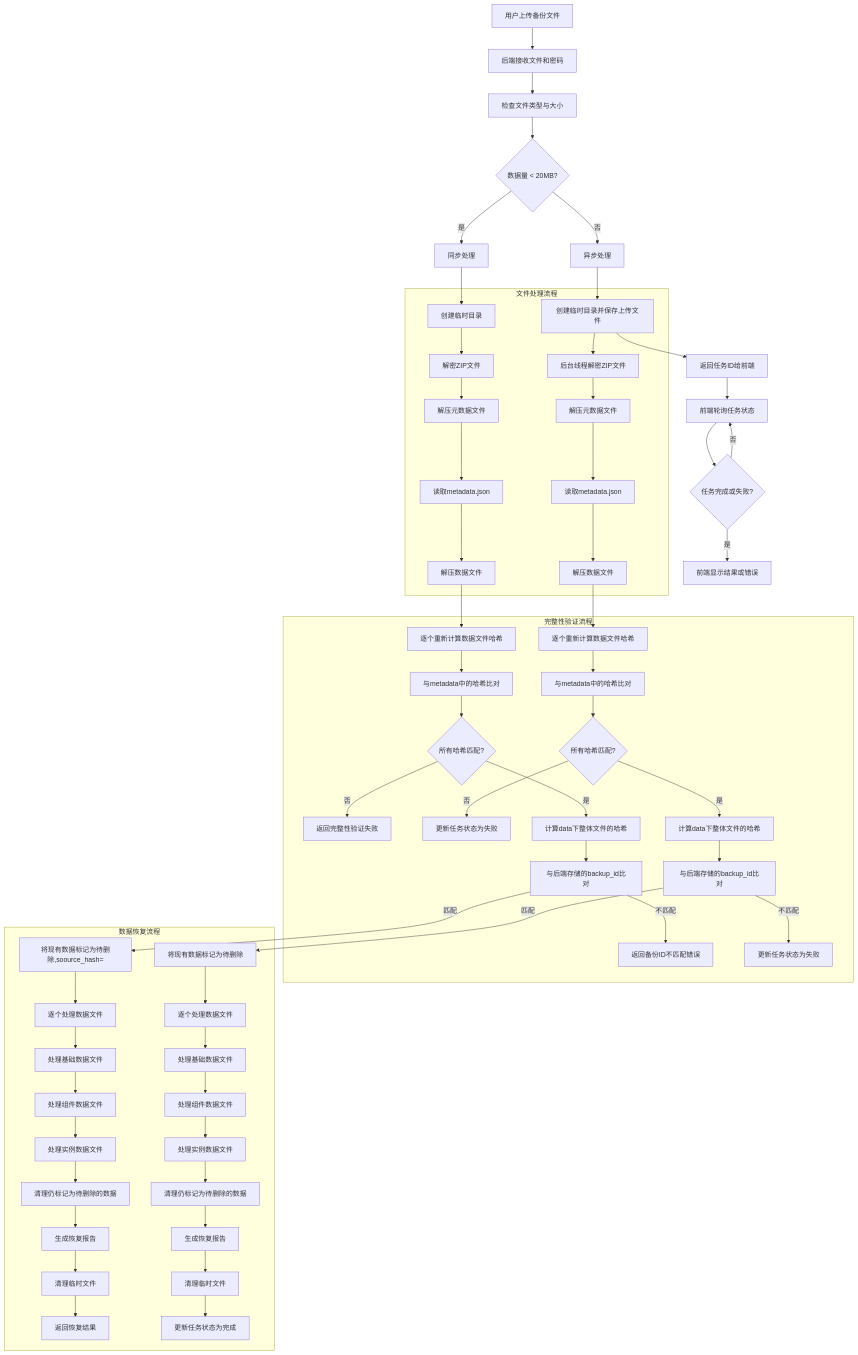
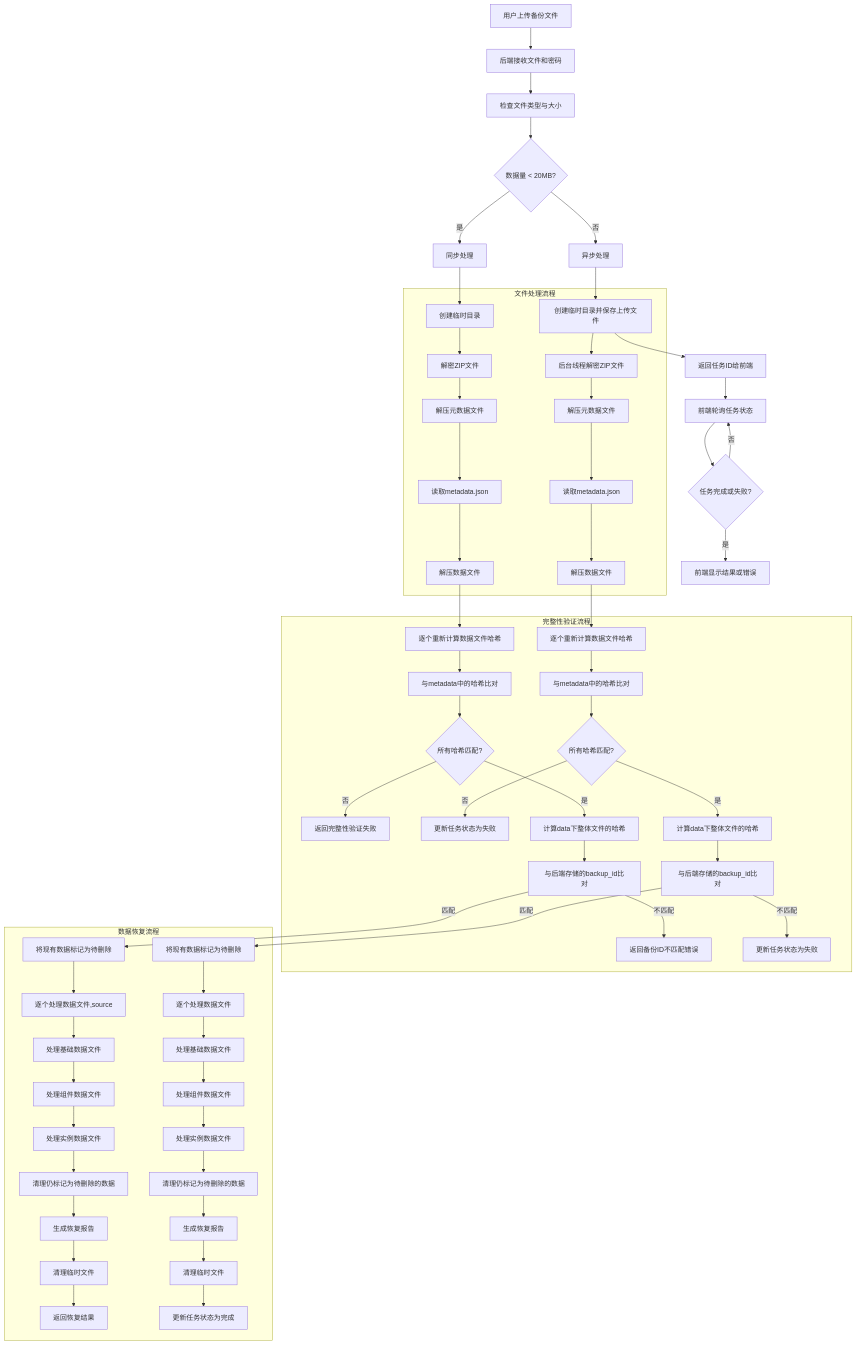
One commit to yingjianzh/iodraw-files changed the diagram in all/未命名-63.md. Above: the diagram before and after it, drawn with Mermaid.

Commit message:
2025-05-19 14:46:45 update

```diff
--- a/all/未命名-63.md
+++ b/all/未命名-63.md
@@ -51,10 +51,10 @@
     end
     
     subgraph 数据恢复流程
-        Q1 -->|匹配| S1[将现有数据标记为待删除,soource_hash=]
+        Q1 -->|匹配| S1[将现有数据标记为待删除]
         Q2 -->|匹配| S2[将现有数据标记为待删除]
         
-        S1 --> T1[逐个处理数据文件]
+        S1 --> T1[逐个处理数据文件,source]
         S2 --> T2[逐个处理数据文件]
         
         T1 --> U1[处理基础数据文件]
```
